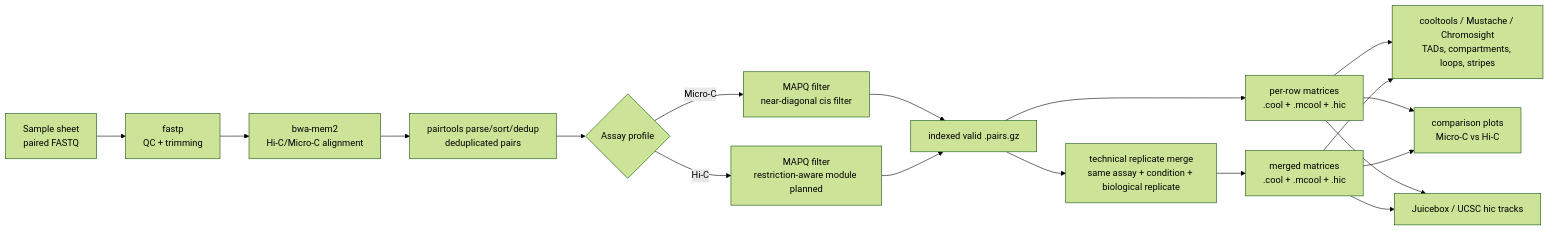
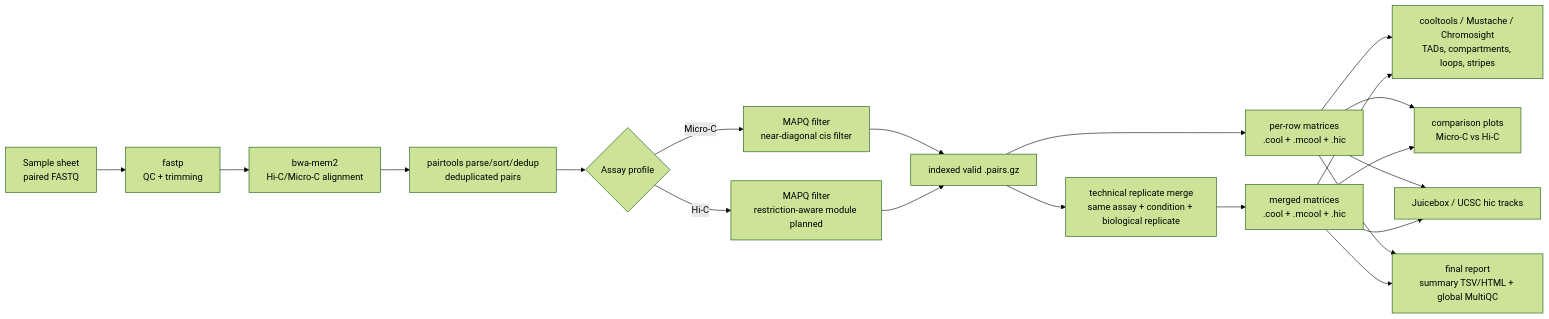
One commit to MichalGd/microc2tracks changed the diagram in README.md. Above: the diagram before and after it, drawn with Mermaid (forest theme). The commit also changed other lines of this file and 20 other files, not shown here.

````diff
--- a/README.md
+++ b/README.md
@@ -9,20 +9,22 @@
 ```mermaid
 flowchart LR
   A["Sample sheet<br/>paired FASTQ"] --> B["fastp<br/>QC + trimming"]
   B --> C["bwa-mem2<br/>Hi-C/Micro-C alignment"]
   C --> D["pairtools parse/sort/dedup<br/>deduplicated pairs"]
   D --> E{"Assay profile"}
   E -->|"Micro-C"| F["MAPQ filter<br/>near-diagonal cis filter"]
   E -->|"Hi-C"| G["MAPQ filter<br/>restriction-aware module planned"]
   F --> H["indexed valid .pairs.gz"]
   G --> H
   H --> I["per-row matrices<br/>.cool + .mcool + .hic"]
   H --> N["technical replicate merge<br/>same assay + condition + biological replicate"]
   N --> O["merged matrices<br/>.cool + .mcool + .hic"]
   I --> K["cooltools / Mustache / Chromosight<br/>TADs, compartments, loops, stripes"]
   O --> K
   I --> L["comparison plots<br/>Micro-C vs Hi-C"]
   O --> L
   I --> M["Juicebox / UCSC hic tracks"]
   O --> M
+  I --> P["final report<br/>summary TSV/HTML + global MultiQC"]
+  O --> P
 ```
````
